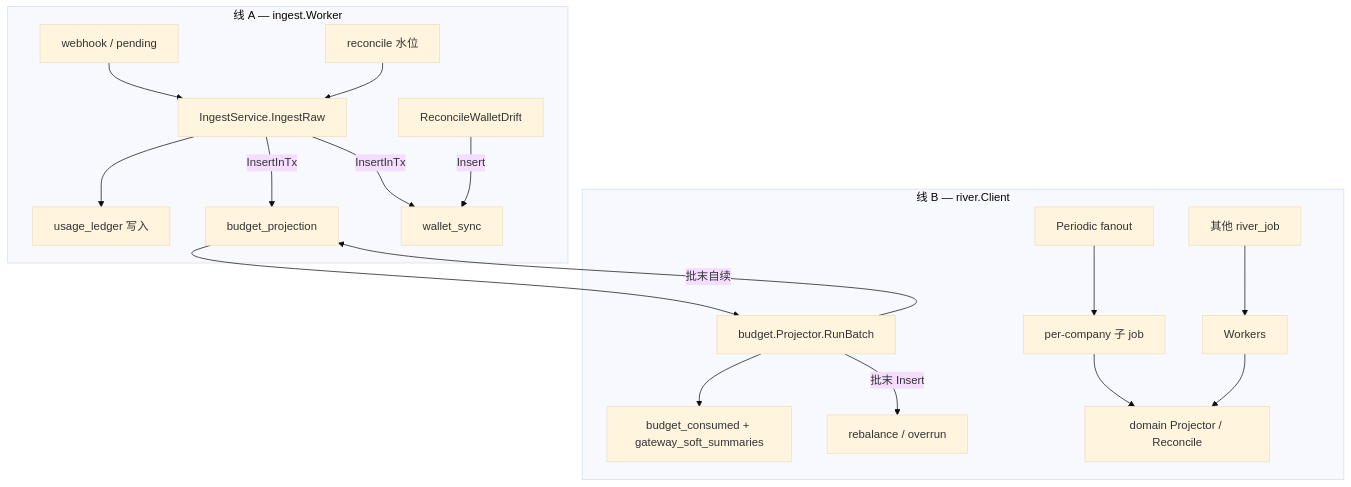
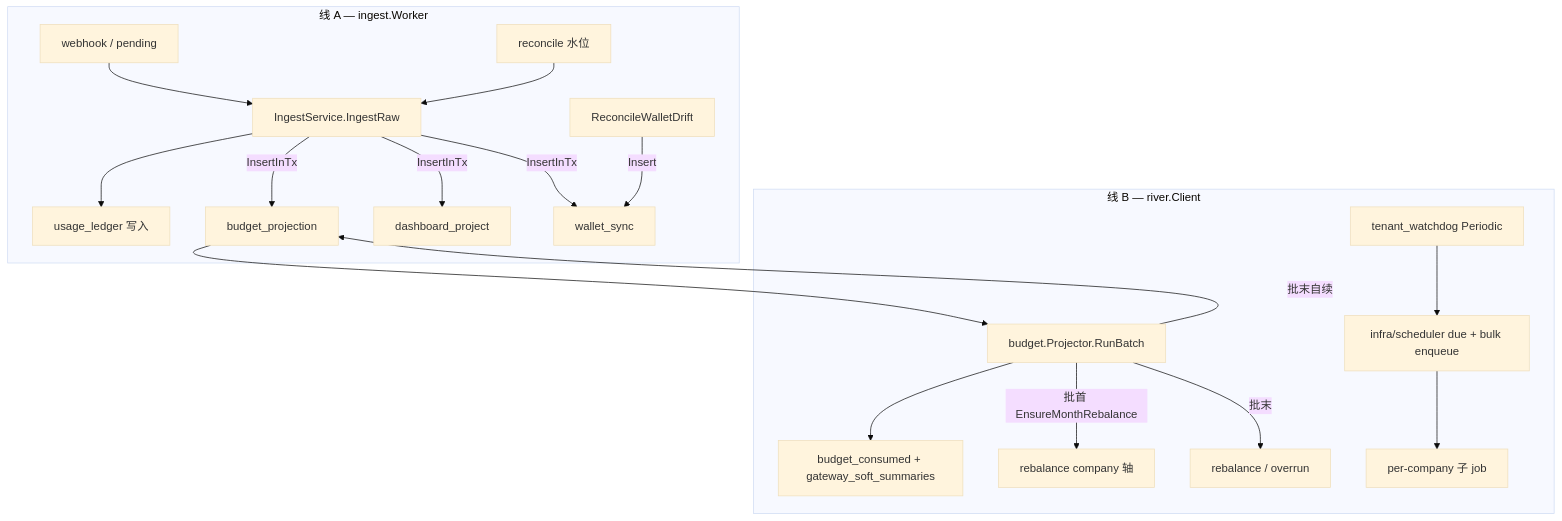
Before and after one commit to quyip8818/mytokenjoy: the diagram in docs/Backend-离线任务.md, drawn with Mermaid (base theme). The commit also changed other lines of this file and 94 other files, not shown here.

````diff
--- a/docs/Backend-离线任务.md
+++ b/docs/Backend-离线任务.md
@@ -28,22 +29,22 @@
 ```mermaid
 flowchart TB
   subgraph lineA [线 A — ingest.Worker]
     WH[webhook / pending] --> ING[IngestService.IngestRaw]
     REC[reconcile 水位] --> ING
     ING --> LEDGER[usage_ledger 写入]
     ING -->|InsertInTx| BP[budget_projection]
+    ING -->|InsertInTx| DP[dashboard_project]
     ING -->|InsertInTx| WSjob[wallet_sync]
     DRIFT[ReconcileWalletDrift] -->|Insert| WSjob
   end
 
   subgraph lineB [线 B — river.Client]
     BP --> BPW[budget.Projector.RunBatch]
     BPW --> CONSUMED[budget_consumed + gateway_soft_summaries]
-    BPW -->|批末 Insert| RB[rebalance / overrun]
+    BPW -->|批首 EnsureMonthRebalance| RB[rebalance company 轴]
+    BPW -->|批末| RB2[rebalance / overrun]
     BPW -->|批末自续| BP
-    PER[Periodic fanout] --> TENANT[per-company 子 job]
-    TENANT --> DOM[domain Projector / Reconcile]
-    RJ[其他 river_job] --> W[Workers]
-    W --> DOM
+    WD[tenant_watchdog Periodic] --> SCHED[infra/scheduler due + bulk enqueue]
+    SCHED --> TENANT[per-company 子 job]
   end
 ```
````
